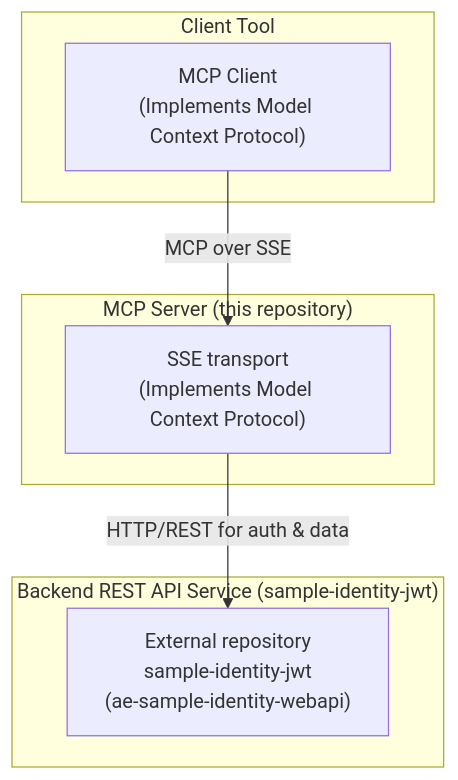
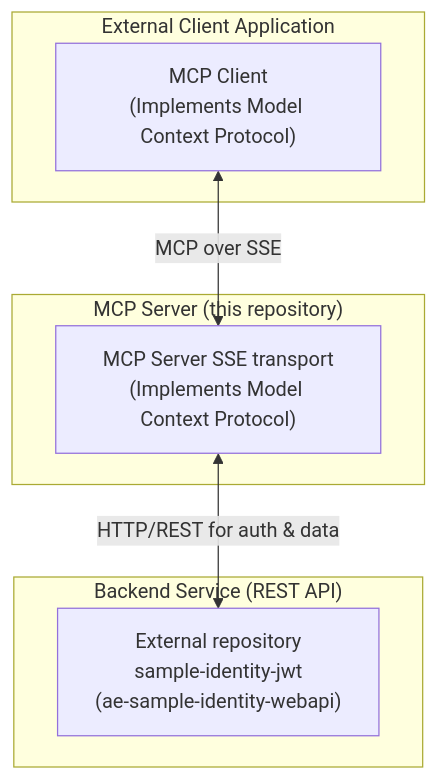
One commit to ISubkowskI/ae-poc-identity-mcpsrv changed the diagram in README.md. Above: the diagram before and after it, drawn with Mermaid.

Commit message:
Update REQADME 3

````diff
--- a/README.md
+++ b/README.md
@@ -11,17 +11,17 @@
 ```mermaid
 graph TD
-    subgraph "Client Tool"
-        MCPClient["MCP Client<br/>(Implements Model Context Protocol)"]
+    subgraph "External Client Application"
+        lblMCPClient["MCP Client<br/>(Implements Model Context Protocol)"]
     end
 
     subgraph "MCP Server (this repository)"
-        MCPServer["SSE transport<br/>(Implements Model Context Protocol)"]
+        lblMCPServer["MCP Server SSE transport<br/>(Implements Model Context Protocol)"]
     end
 
-    subgraph "Backend REST API Service (sample-identity-jwt)"
-        RestAPI["External repository<br/>sample-identity-jwt<br/>(ae-sample-identity-webapi)"]
+    subgraph "Backend Service (REST API)"
+        lblBackendService["External repository<br/>sample-identity-jwt<br/>(ae-sample-identity-webapi)"]
     end
 
-    MCPClient -- "MCP over SSE" --> MCPServer
-    MCPServer -- "HTTP/REST for auth & data" --> RestAPI
+    lblMCPClient -- "MCP over SSE" <--> lblMCPServer
+    lblMCPServer -- "HTTP/REST for auth & data" <--> lblBackendService
 ```
````
